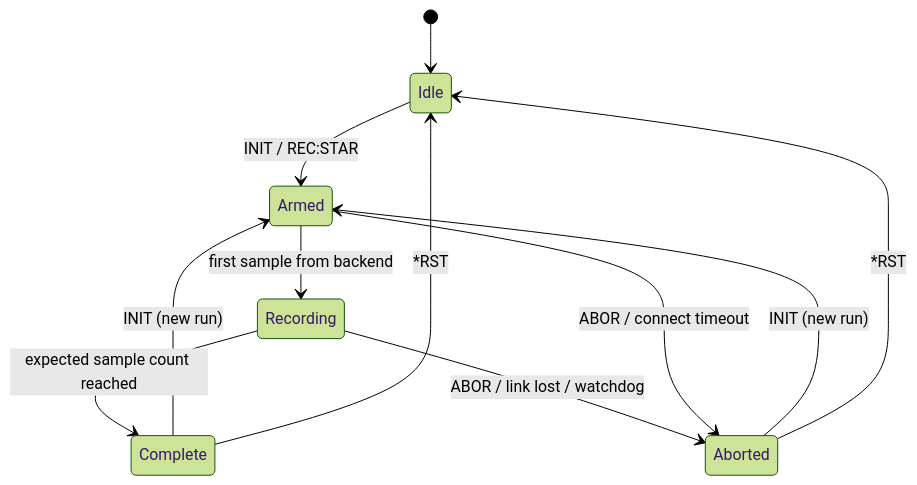
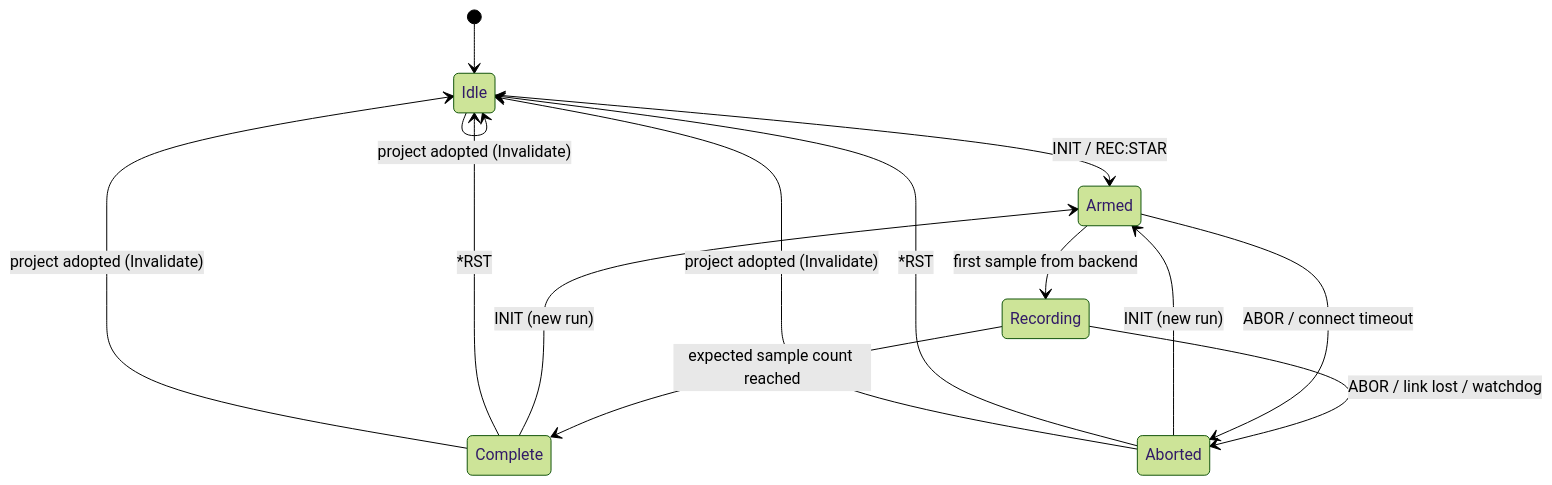
The third of 3 diagrams in docs/PLAN.md (9997433-bit/QuickVib), drawn with Mermaid (forest theme) before and after one commit. The commit also changed other lines of this file and 9 other files, not shown here.

````diff
--- a/docs/PLAN.md
+++ b/docs/PLAN.md
@@ -245,13 +245,16 @@
 ```mermaid
 stateDiagram-v2
     [*] --> Idle
     Idle --> Armed: INIT / REC:STAR
     Armed --> Recording: first sample from backend
     Recording --> Complete: expected sample count reached
     Recording --> Aborted: ABOR / link lost / watchdog
     Armed --> Aborted: ABOR / connect timeout
     Complete --> Armed: INIT (new run)
     Aborted --> Armed: INIT (new run)
     Complete --> Idle: *RST
     Aborted --> Idle: *RST
+    Complete --> Idle: project adopted (Invalidate)
+    Aborted --> Idle: project adopted (Invalidate)
+    Idle --> Idle: project adopted (Invalidate)
 ```
````
